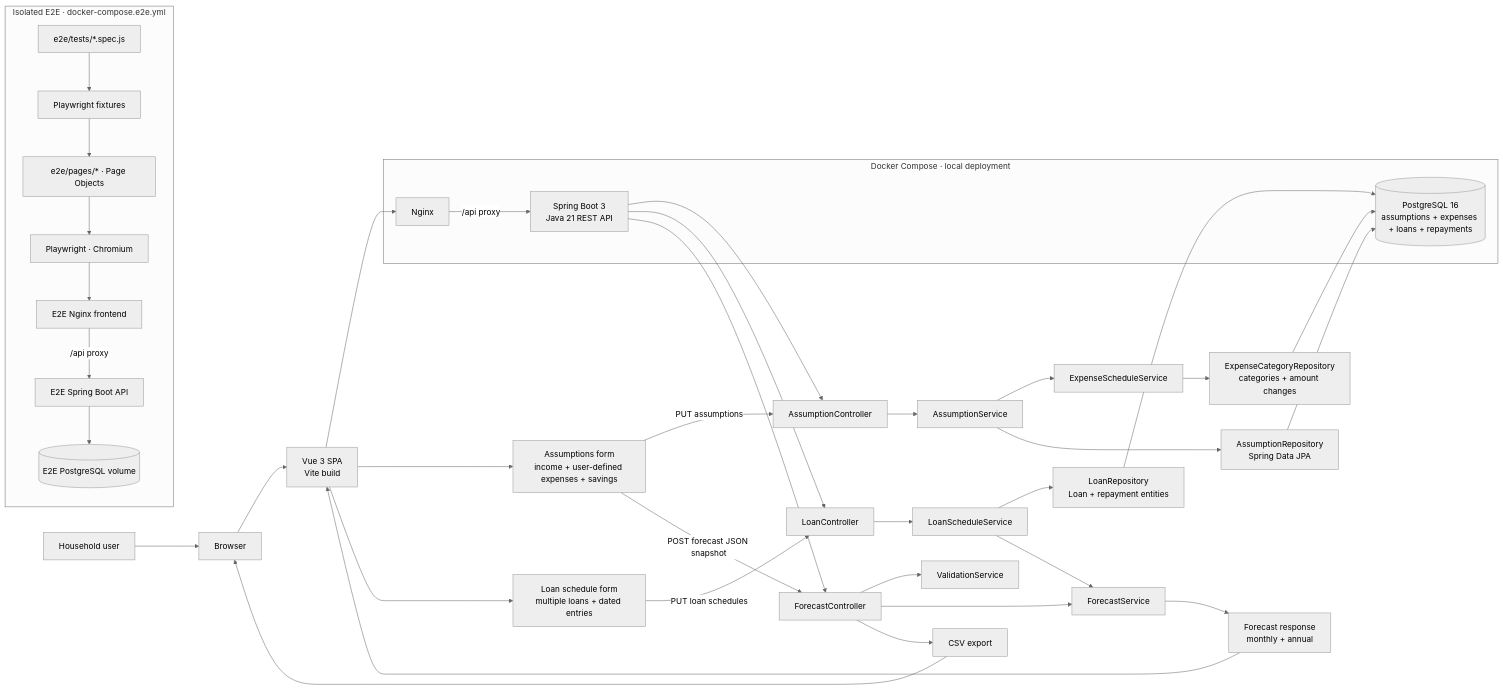
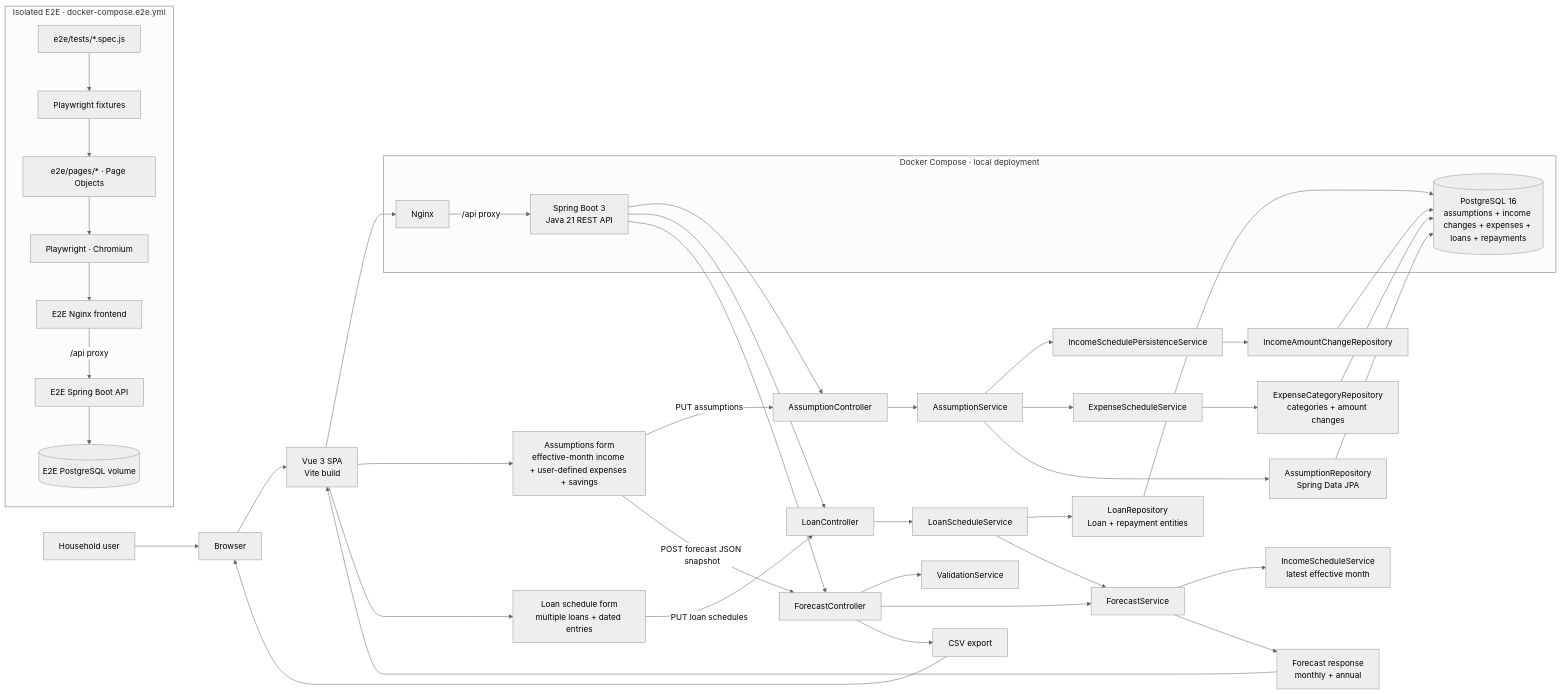
One commit to samdofreelancer/personal-finance-planner changed the diagram in docs/diagrams/system-architecture.mmd. Above: the diagram before and after it, drawn with Mermaid (neutral theme). The commit also changed 48 other files, not shown here.

Commit message:
feat: add effective-month income schedule

```diff
--- a/docs/diagrams/system-architecture.mmd
+++ b/docs/diagrams/system-architecture.mmd
@@ -1,43 +1,47 @@
 flowchart LR
   U["Household user"] --> B["Browser"]
   B --> FE["Vue 3 SPA<br/>Vite build"]
   FE --> N["Nginx"]
   N -->|"/api proxy"| API["Spring Boot 3<br/>Java 21 REST API"]
   API --> AC["AssumptionController"]
   API --> LC["LoanController"]
   API --> FC["ForecastController"]
   AC --> AS["AssumptionService"]
+  AS --> IS["IncomeSchedulePersistenceService"]
   AS --> ES["ExpenseScheduleService"]
   LC --> LS["LoanScheduleService"]
   FC --> VS["ValidationService"]
   FC --> FS["ForecastService"]
+  FS --> IMS["IncomeScheduleService<br/>latest effective month"]
   AS --> REPO["AssumptionRepository<br/>Spring Data JPA"]
+  IS --> IREPO["IncomeAmountChangeRepository"]
   ES --> EREPO["ExpenseCategoryRepository<br/>categories + amount changes"]
   LS --> LREPO["LoanRepository<br/>Loan + repayment entities"]
-  REPO --> DB[("PostgreSQL 16<br/>assumptions + expenses + loans + repayments")]
+  REPO --> DB[("PostgreSQL 16<br/>assumptions + income changes + expenses + loans + repayments")]
+  IREPO --> DB
   EREPO --> DB
   LREPO --> DB
   LS --> FS
   FS --> OUT["Forecast response<br/>monthly + annual"]
   OUT --> FE
   FC --> CSV["CSV export"]
   CSV --> B
-  FE --> FORM["Assumptions form<br/>income + user-defined expenses + savings"]
+  FE --> FORM["Assumptions form<br/>effective-month income + user-defined expenses + savings"]
   FE --> LFORM["Loan schedule form<br/>multiple loans + dated entries"]
   FORM -->|"PUT assumptions"| AC
   LFORM -->|"PUT loan schedules"| LC
   FORM -->|"POST forecast JSON snapshot"| FC
   subgraph Runtime["Docker Compose · local deployment"]
     N
     API
     DB
   end
 
   subgraph E2E["Isolated E2E · docker-compose.e2e.yml"]
     SPEC["e2e/tests/*.spec.js"] --> FIXTURE["Playwright fixtures"]
     FIXTURE --> POM["e2e/pages/* · Page Objects"]
     POM --> PW["Playwright · Chromium"]
     PW --> E2EN["E2E Nginx frontend"]
     E2EN -->|"/api proxy"| E2EAPI["E2E Spring Boot API"]
     E2EAPI --> E2EDB[("E2E PostgreSQL volume")]
   end
```
